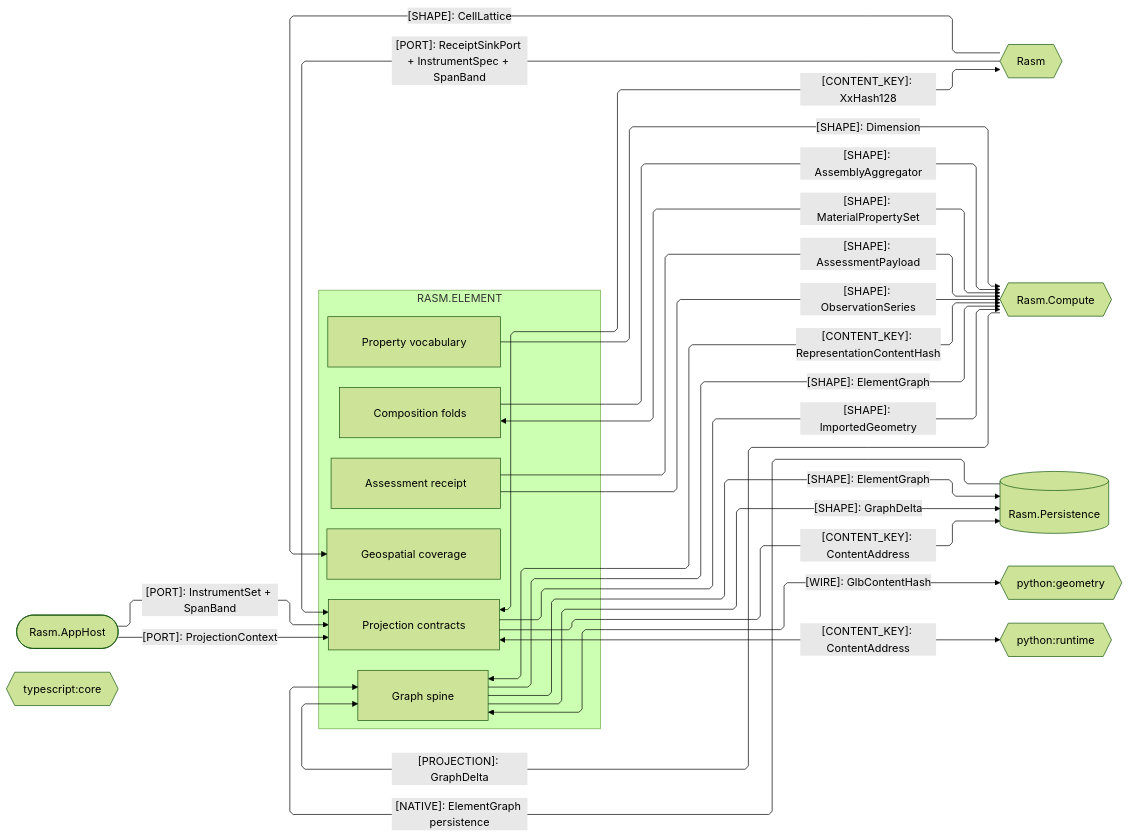
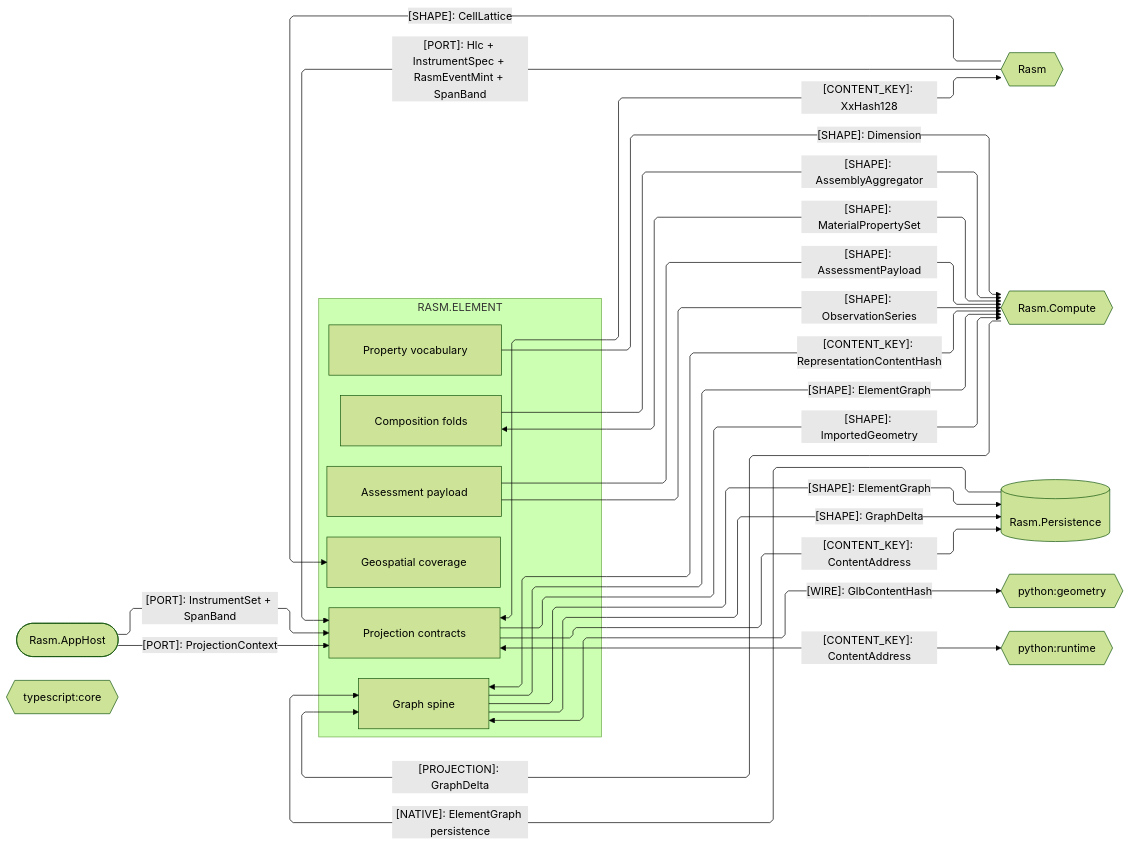
Before and after one commit to bsamiee/Rasm: the third of 4 diagrams in libs/dotnet/Rasm.Element/ARCHITECTURE.md, drawn with Mermaid (forest theme). The commit also changed other lines of this file and 1417 other files, not shown here.

````diff
--- a/libs/dotnet/Rasm.Element/ARCHITECTURE.md
+++ b/libs/dotnet/Rasm.Element/ARCHITECTURE.md
@@ -176,47 +176,47 @@
 ```mermaid
 ---
 config:
   layout: elk
   flowchart:
     curve: linear
     padding: 25
 ---
 flowchart LR
     accTitle: Element platform and cross-runtime wire seams
     accDescr: Which content keys, shapes, and wires cross between Element's owners, the kernel, the app platform, and the runtime peers.
     subgraph element[RASM.ELEMENT]
         Graph[Graph spine]
         Projection[Projection contracts]
         Composition[Composition folds]
         Properties[Property vocabulary]
-        Assessment[Assessment receipt]
+        Assessment[Assessment payload]
         Geospatial[Geospatial coverage]
     end
     Rasm{{Rasm}}
     AppHost([Rasm.AppHost])
     Compute{{Rasm.Compute}}
     Persistence[(Rasm.Persistence)]
     Geometry{{python:geometry}}
     Runtime{{python:runtime}}
     Core{{typescript:core}}
     Projection e1@<-->|"[CONTENT_KEY]: XxHash128"| Rasm
     AppHost e2@-->|"[PORT]: ProjectionContext"| Projection
     AppHost e3@-->|"[PORT]: InstrumentSet + SpanBand"| Projection
-    Rasm e4@-->|"[PORT]: ReceiptSinkPort + InstrumentSpec + SpanBand"| Projection
+    Rasm e4@-->|"[PORT]: Hlc + InstrumentSpec + RasmEventMint + SpanBand"| Projection
     Rasm e5@-->|"[SHAPE]: CellLattice"| Geospatial
     Projection e6@-->|"[CONTENT_KEY]: ContentAddress"| Persistence
     Graph e7@-->|"[SHAPE]: ElementGraph"| Persistence
     Graph e8@-->|"[SHAPE]: GraphDelta"| Persistence
     Persistence e10@-->|"[NATIVE]: ElementGraph persistence"| Graph
     Graph e11@<-->|"[CONTENT_KEY]: RepresentationContentHash"| Compute
     Composition e12@-->|"[SHAPE]: AssemblyAggregator"| Compute
     Composition e13@<-->|"[SHAPE]: MaterialPropertySet"| Compute
     Properties e14@-->|"[SHAPE]: Dimension"| Compute
     Assessment e15@-->|"[SHAPE]: AssessmentPayload"| Compute
     Assessment e16@-->|"[SHAPE]: ObservationSeries"| Compute
     Compute e17@-->|"[PROJECTION]: GraphDelta"| Graph
     Graph e18@-->|"[SHAPE]: ElementGraph"| Compute
     Projection e19@-->|"[SHAPE]: ImportedGeometry"| Compute
     Graph e20@<-->|"[WIRE]: GlbContentHash"| Geometry
     Projection e21@<-->|"[CONTENT_KEY]: ContentAddress"| Runtime
 ```
````
